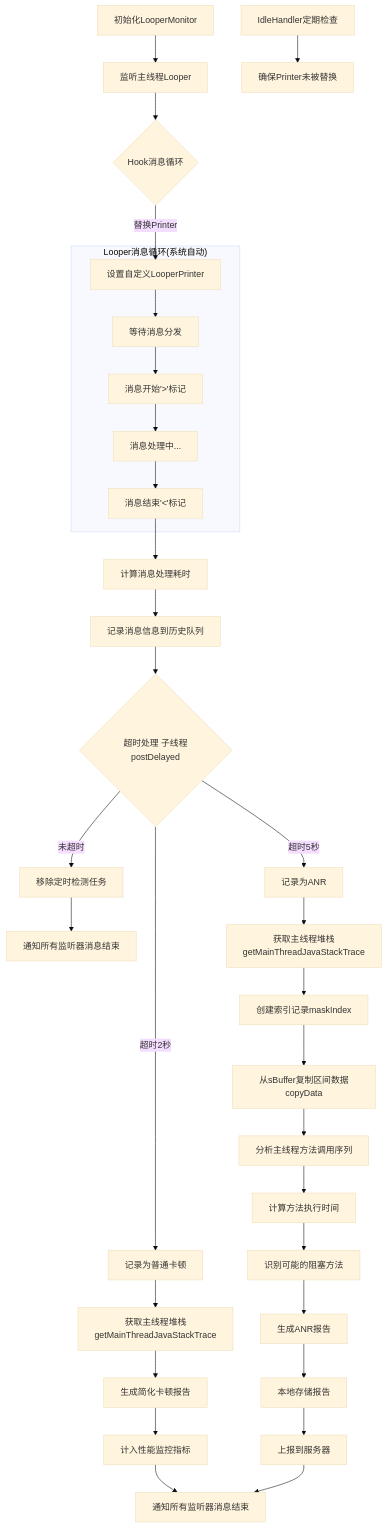
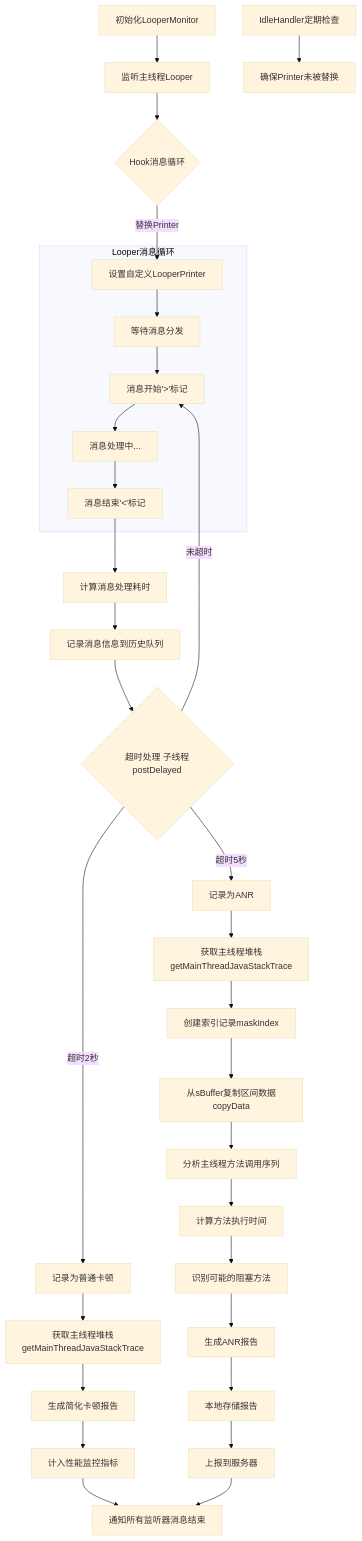
The first of 2 diagrams in source/_posts/bf05ebe5337a4fdb8ce248906b084614.md (flyisme/flyisme.github.io), drawn with Mermaid (base theme) before and after one commit. The commit also changed other lines of this file, not shown here.

````diff
--- a/source/_posts/bf05ebe5337a4fdb8ce248906b084614.md
+++ b/source/_posts/bf05ebe5337a4fdb8ce248906b084614.md
@@ -92,53 +92,50 @@
 ```mermaid
 graph TD
     %% LooperMonitor初始化和监听设置
     A[初始化LooperMonitor] --> B[监听主线程Looper]
     B --> C{Hook消息循环}
     C -->|替换Printer| D[设置自定义LooperPrinter]
     
     %% 消息监控流程 - 由Looper自动触发
-    subgraph "Looper消息循环(系统自动)"
+    subgraph "Looper消息循环"
     D --> E[等待消息分发]
     E --> F[消息开始'>'标记]
     F --> JM[消息处理中...]
     JM --> K[消息结束'<'标记]
     end
-    
-
     
     %% Matrix ANR检测流程 - 消息结束处理
     K --> L[计算消息处理耗时]
     L --> M[记录消息信息到历史队列]
     
     %% 超时判断分支
     M --> N{超时处理 子线程postDelayed}
-    N -->|未超时| O0[移除定时检测任务]
-    O0 --> P0[通知所有监听器消息结束]
+    N -->|未超时| F
     
     N -->|超时2秒| O1[记录为普通卡顿]
     N -->|超时5秒| O2[记录为ANR]
     
     %% AppMethodBeat实际dump流程 - 轻量级
     O1 --> P1[获取主线程堆栈getMainThreadJavaStackTrace]
     P1 --> S1[生成简化卡顿报告]
     
     %% AppMethodBeat实际dump流程 - ANR
     O2 --> P2[获取主线程堆栈getMainThreadJavaStackTrace]
     P2 --> Q2[创建索引记录maskIndex]
     Q2 --> R2[从sBuffer复制区间数据copyData]
     R2 --> S2[分析主线程方法调用序列]
     S2 --> T2[计算方法执行时间]
     T2 --> U2[识别可能的阻塞方法]
     U2 --> V2[生成ANR报告]
     
     %% 结果处理
     S1 --> W[计入性能监控指标]
     V2 --> X[本地存储报告]
     X --> Y[上报到服务器]
     W --> Z[通知所有监听器消息结束]
     Y --> Z
     
     %% Printer保护机制 - 独立运行
     AA[IdleHandler定期检查] --> BB[确保Printer未被替换]
 
 ```
````
